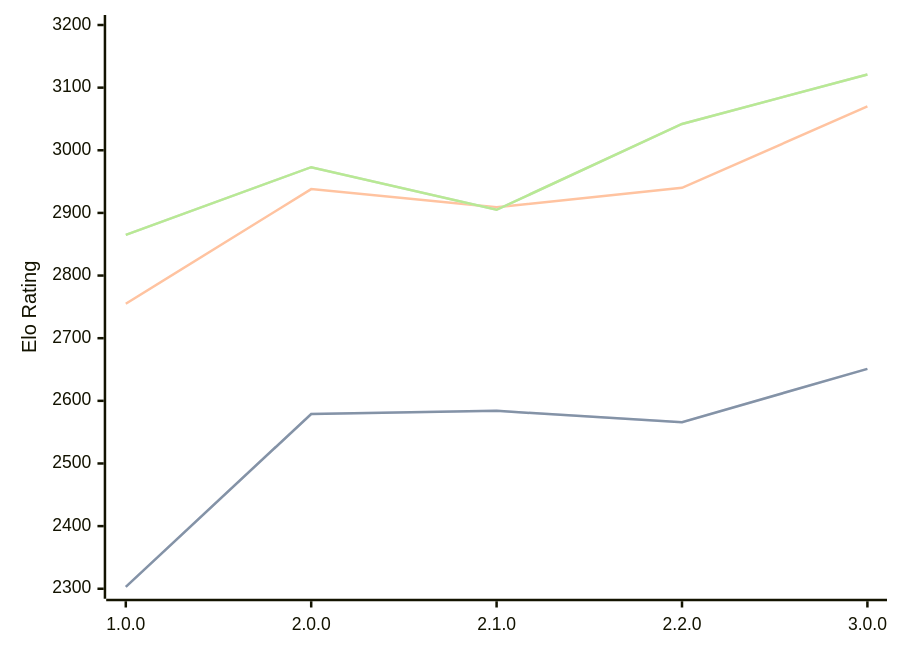
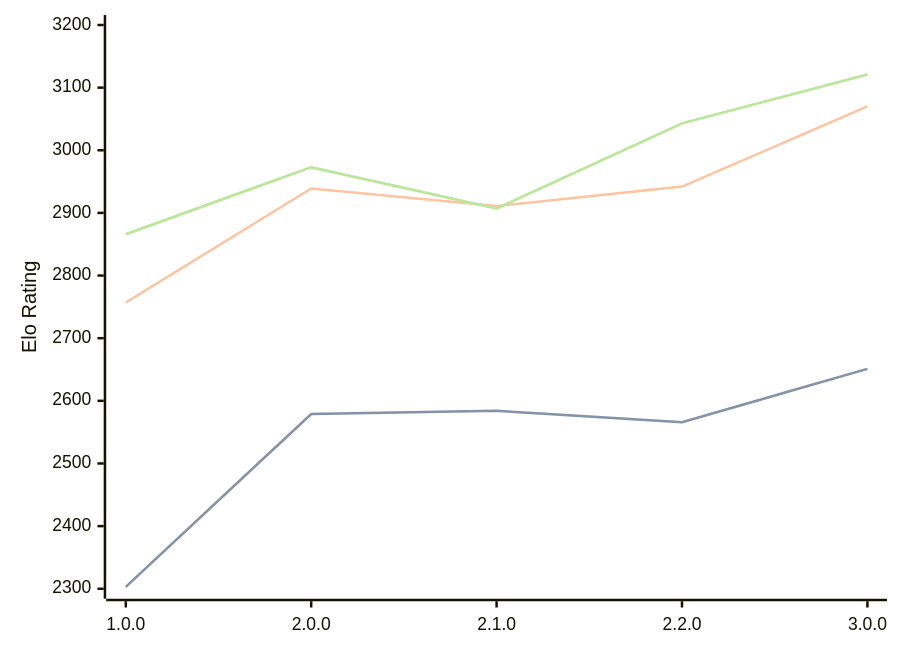
One commit to computer-chess-index/cci changed the first of 3 diagrams in engines/Catalyst.md. Above: the diagram before and after it, drawn with Mermaid. The commit also changed other lines of this file, not shown here.

Commit message:
Update CCI Ratings (ELO VLTC) - 2026-07-02

````diff
--- a/engines/Catalyst.md
+++ b/engines/Catalyst.md
@@ -35,11 +35,11 @@
 ```mermaid
 %%{init: {"theme":"base","themeVariables":{"seriesColors:['#a3a3a3','#222221','#faa371']}}}%%
 xychart-beta
   x-axis ["1.0.0", "2.0.0", "2.1.0", "2.2.0", "3.0.0"]
   y-axis "Elo Rating" 2300 --> 3200
   line "STC (8.0+0.08s)" [2303, 2579, 2584, 2566, 2651]
   line "STC (8.0+0.08s)" [2303, 2579, 2584, 2566, 2651]
-  line "LTC (60.0+0.60s)" [2755, 2938, 2909, 2940, 3070]
-  line "VLTC (2m24s+1.12s)" [2865, 2973, 2905, 3042, 3121]
-  line "VLTC (2m24s+1.12s)" [2865, 2973, 2905, 3042, 3121]
+  line "LTC (60.0+0.60s)" [2757, 2939, 2911, 2942, 3070]
+  line "VLTC (2m24s+1.12s)" [2866, 2973, 2907, 3043, 3121]
+  line "VLTC (2m24s+1.12s)" [2866, 2973, 2907, 3043, 3121]
 ```
````
